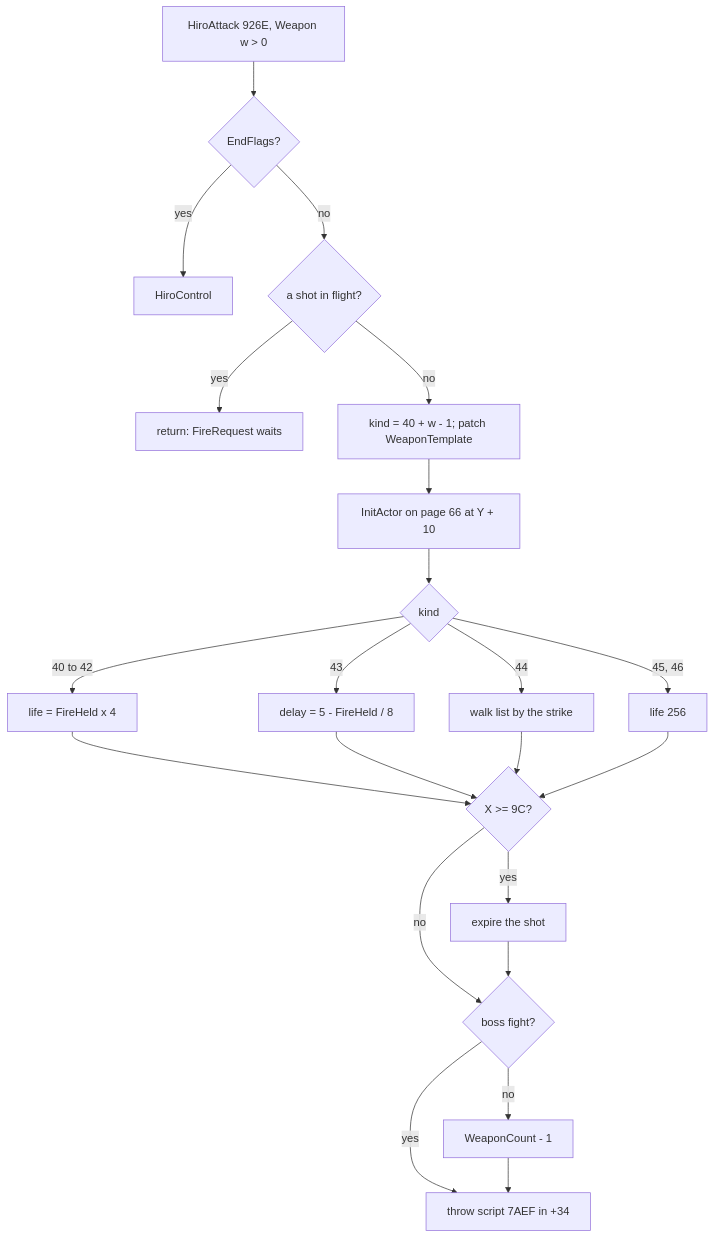
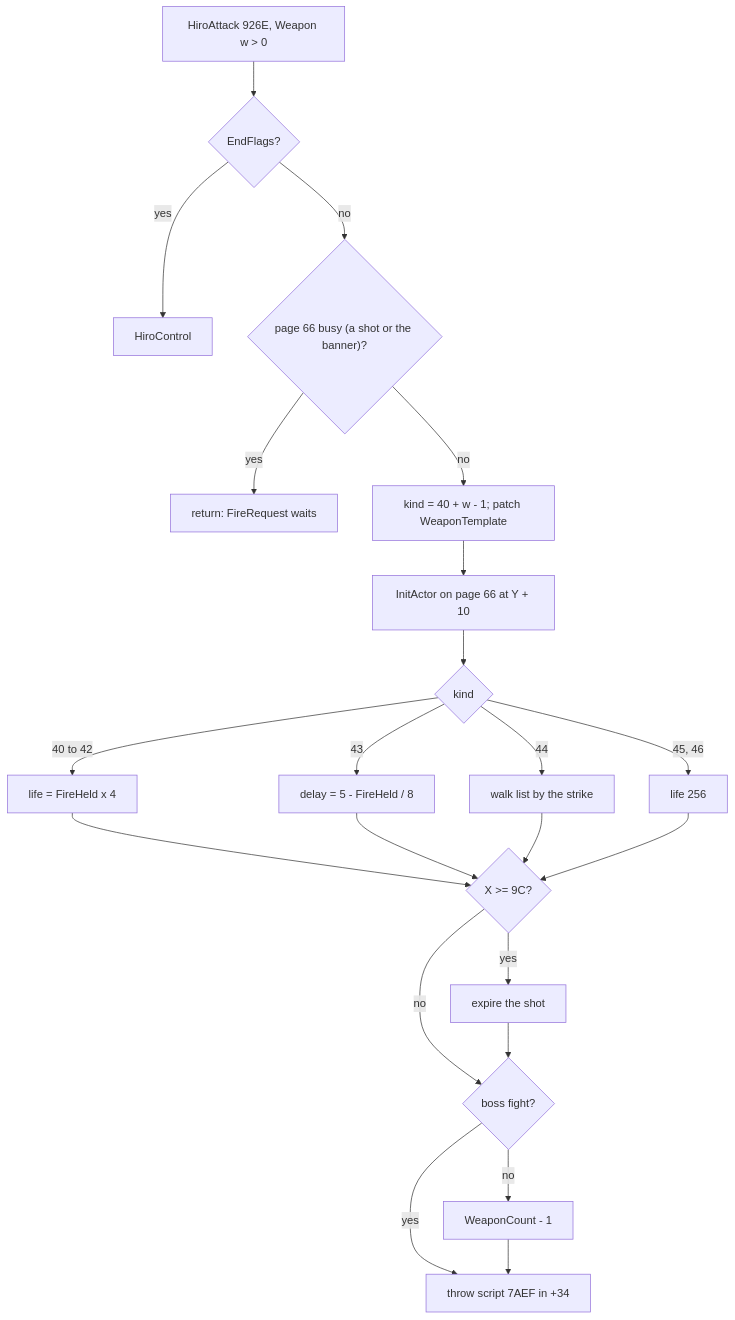
The seventh of 15 diagrams in games/switchblade/docs/10-gameplay-logic.md (alfishe/unrealng-reverse-cases), drawn with Mermaid before and after one commit. The commit also changed other lines of this file and 54 other files, not shown here.

````diff
--- a/games/switchblade/docs/10-gameplay-logic.md
+++ b/games/switchblade/docs/10-gameplay-logic.md
@@ -1073,24 +1087,24 @@
 ```mermaid
 flowchart TD
     A["HiroAttack 926E, Weapon w > 0"] --> E{"EndFlags?"}
     E -->|"yes"| RH["HiroControl"]
-    E -->|"no"| F{"a shot in flight?"}
+    E -->|"no"| F{"page 66 busy (a shot or the banner)?"}
     F -->|"yes"| RET["return: FireRequest waits"]
     F -->|"no"| K["kind = 40 + w - 1; patch WeaponTemplate"]
     K --> I["InitActor on page 66 at Y + 10"]
     I --> L{"kind"}
     L -->|"40 to 42"| L1["life = FireHeld x 4"]
     L -->|"43"| L2["delay = 5 - FireHeld / 8"]
     L -->|"44"| L3["walk list by the strike"]
     L -->|"45, 46"| L4["life 256"]
     L1 --> X{"X >= 9C?"}
     L2 --> X
     L3 --> X
     L4 --> X
     X -->|"yes"| EX["expire the shot"]
     X -->|"no"| AM
     EX --> AM{"boss fight?"}
     AM -->|"no"| D["WeaponCount - 1"]
     AM -->|"yes"| T
     D --> T["throw script 7AEF in +34"]
 ```
````
